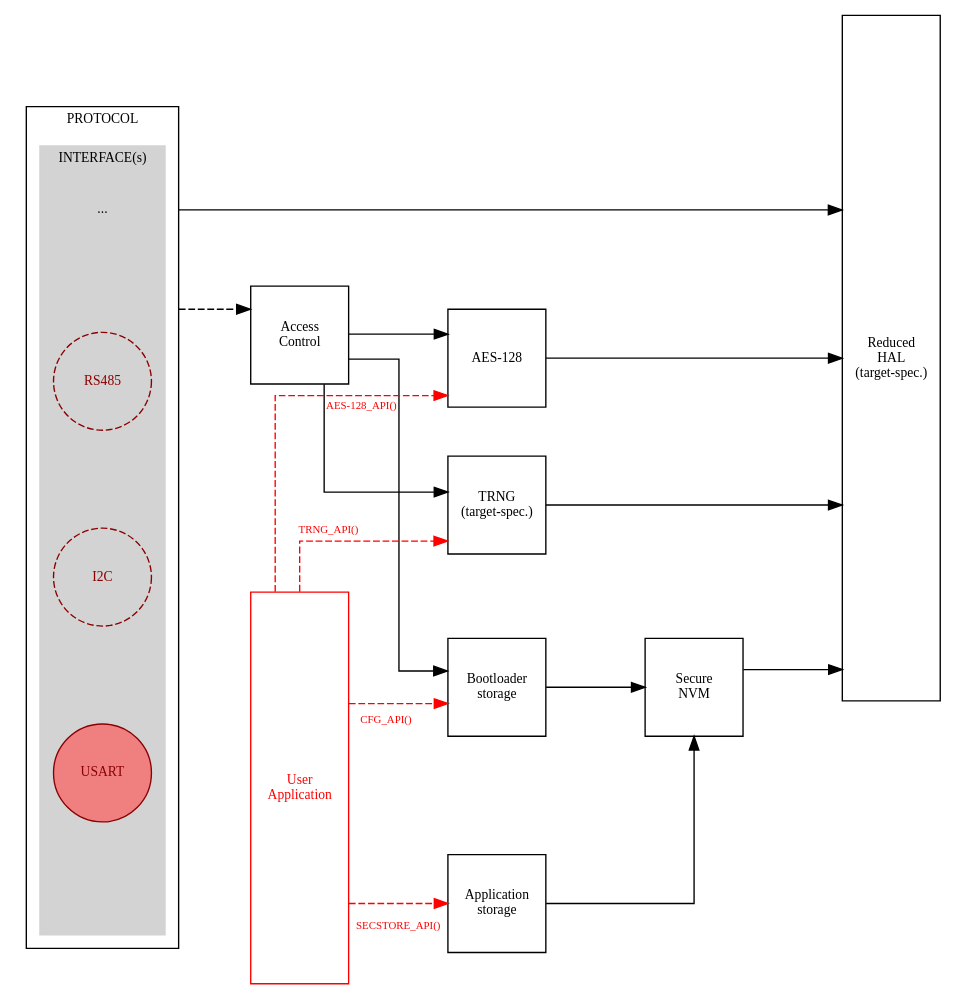
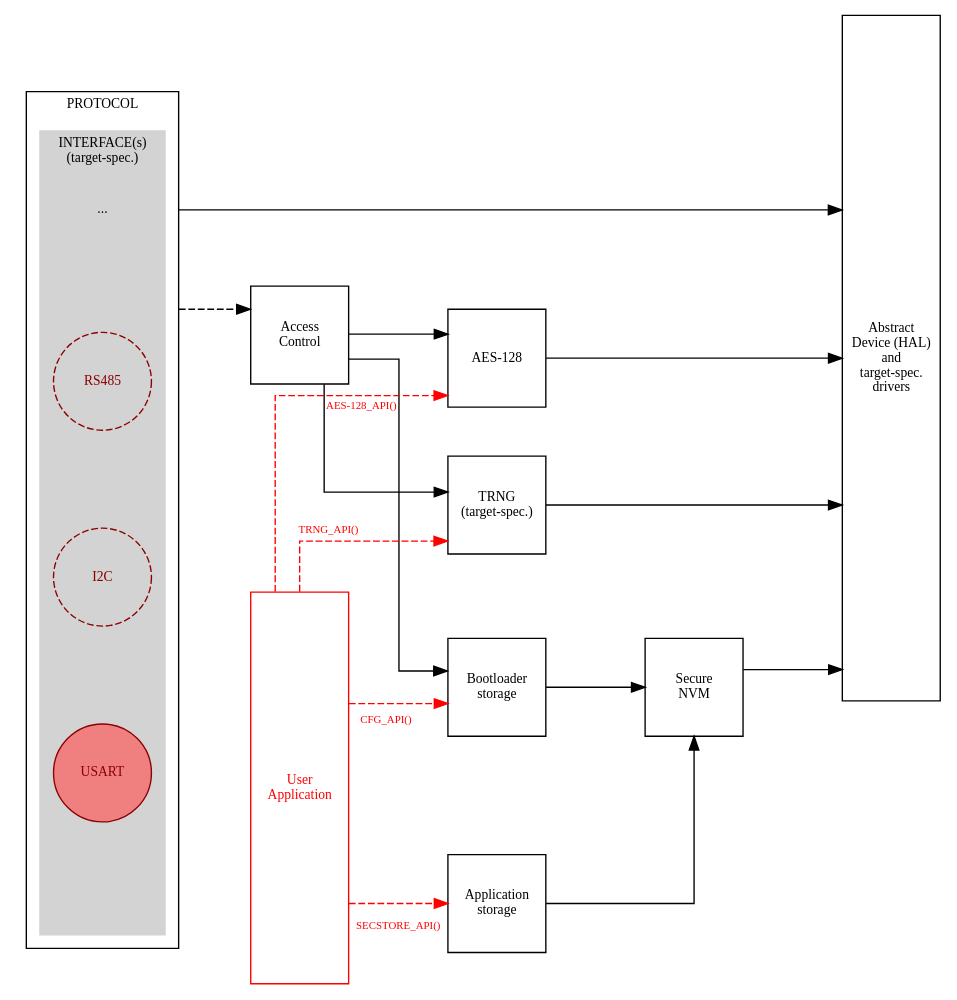
Before and after one commit to SmartCAMPUSZCU/KETCube-docs: the diagram in resources/appNotes/008/modules.dot, drawn with Graphviz. The commit also changed 2 other files, not shown here.

```diff
--- a/resources/appNotes/008/modules.dot
+++ b/resources/appNotes/008/modules.dot
@@ -1,94 +1,94 @@
 digraph {
     rankdir="LR";
     newrank=true;
     ratio="fill";
     margin=0;
     compound=true;
     splines=ortho;
     nodesep=0.5;
     node [penwidth=1, width=1, fontsize=10 fixedsize=true];
     edge [arrowhead=normal,arrowtail=normal,penwidth=1, minlen=2, fontsize=8];
 
-    HAL      [shape=box, label="Reduced\nHAL\n(target-spec.)" tooltip="HAL/Hardware drivers\n(SMT32 HAL or STM32 LL Drivers)" height=7 fixedsize=true];
+    HAL      [shape=box, label="Abstract\nDevice (HAL)\nand\ntarget-spec.\ndrivers" tooltip="HAL/Hardware drivers\n(SMT32 HAL or STM32 LL Drivers)" height=7 fixedsize=true];
 
 subgraph cluster_Protocol {
     rankdir="LR";
     label="PROTOCOL"
     tooltip="STM32 Bootloader Protocol"
     fontsize=10 fixedsize=true
     margin=10
     
     subgraph cluster_IFACEs {
         rankdir="LR";
         style=filled;
         color=lightgrey;
-        label="INTERFACE(s)"
+        label="INTERFACE(s)\n(target-spec.)"
         tooltip="Supported Interfaces"
         fontsize=10 fixedsize=true
         margin=10
         
         {
             rank=same;
             
             // dummy node
             cluster_Protocol_DUMMY_start [shape=none, style=invis, width=0, height=0];
             
             USART    [shape=circle, label="USART", style=filled, fillcolor=LightCoral, color=darkRed, fontcolor=darkRed];
             I2C      [shape=circle, label="I2C",   style=dashed, fillcolor=gray,       color=darkRed, fontcolor=darkRed];
             RS485    [shape=circle, label="RS485", style=dashed, fillcolor=gray,       color=darkRed, fontcolor=darkRed];
             
             // dummy node
             LAST_PROTOCOL [shape=none, label="..."];
         }
         
         
     }
 
 }
     
     // connect clusters
     LAST_PROTOCOL -> ACL [ltail=cluster_Protocol, style=dashed]
     
     {
         rank=same;
         USERAPP  [shape=box, label="User\nApplication" tooltip="User Application in Flash/RAM" height=4 color=red fontcolor=red];   
         ACL        [shape=square, label="Access\nControl" tooltip="Access Control"];
     }
     
     {
         rank=same;
         TRNG        [shape=square, label="TRNG\n(target-spec.)" tooltip="True Random Number Generator Module"];
         AES128      [shape=square, label="AES-128" tooltip="AES-128"];
     
         SECBLSTORE  [shape=square, label="Bootloader\nstorage"   tooltip="Secure Bootloader Storage"];
         SECAPPSTORE [shape=square, label="Application\nstorage"  tooltip="Secure Application Storage"];
     }
     
     SECSTORE    [shape=square, label="Secure\nNVM"     tooltip="Secure Storage (e.g. Secured EEPROM)"];
 
     TRNG    -> HAL
     AES128  -> HAL
     ACL     -> TRNG
     ACL     -> AES128
     ACL     -> SECBLSTORE
     
     SECSTORE -> HAL
     
     SECAPPSTORE -> SECSTORE
     SECBLSTORE -> SECSTORE
     
     
     USERAPP -> AES128   [style=dashed taillabel="AES-128_API()" labeldistance=15 color=red fontcolor=red]
     USERAPP -> SECAPPSTORE [style=dashed taillabel="SECSTORE_API()" labeldistance=4 color=red fontcolor=red]
     USERAPP -> TRNG [style=dashed taillabel="TRNG_API()" labeldistance=5 color=red fontcolor=red]
     USERAPP -> SECBLSTORE [style=dashed taillabel="CFG_API()" labeldistance=3 color=red fontcolor=red]
 
     
     //USART -> HAL
     LAST_PROTOCOL -> HAL [ltail=cluster_Protocol]
     
     // dummy edges
     cluster_Protocol_DUMMY_start -> USART -> I2C -> RS485 -> LAST_PROTOCOL [style=invis]
     ACL -> HAL [style=invis]
     
 }
```
